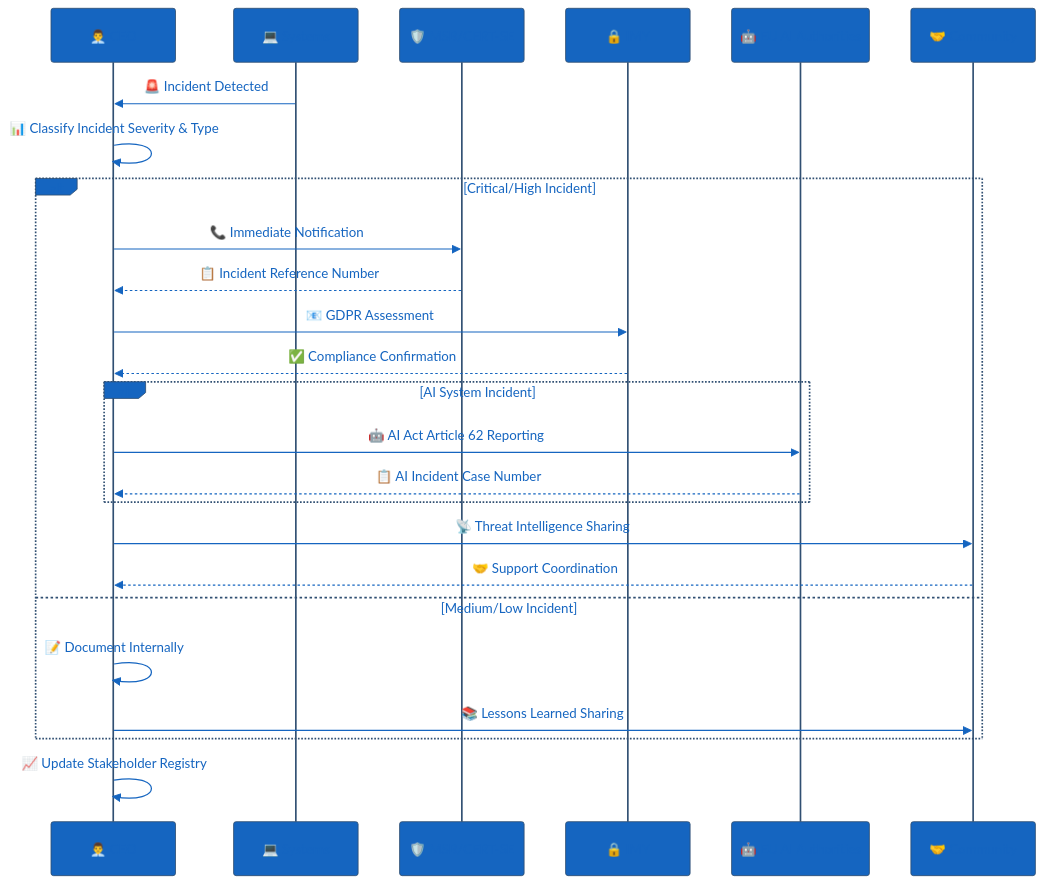
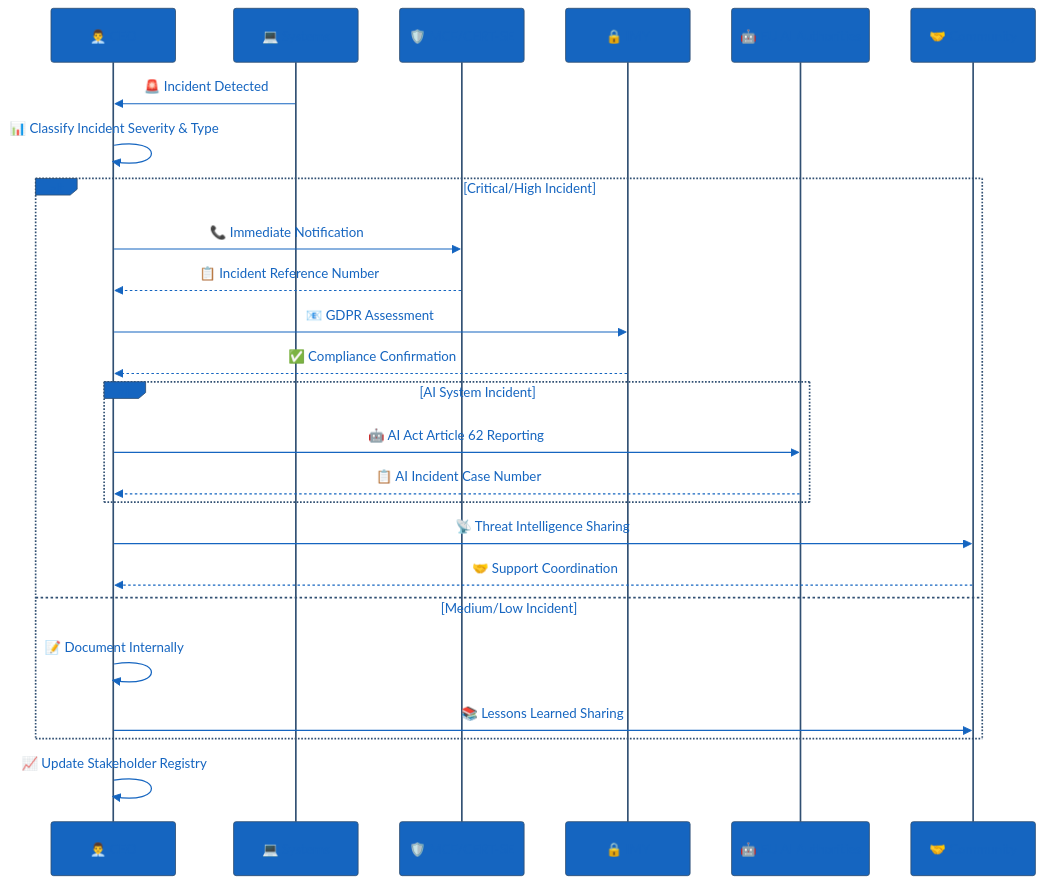
The fourth of 4 diagrams in External_Stakeholder_Registry.md (Hack23/ISMS-PUBLIC), drawn with Mermaid before and after one commit. The commit also changed other lines of this file and 35 other files, not shown here.

````diff
--- a/External_Stakeholder_Registry.md
+++ b/External_Stakeholder_Registry.md
@@ -560,45 +560,45 @@
 ```mermaid
 %%{
   init: {
     'theme': 'base',
     'themeVariables': {
       'primaryColor': '#1565C0',
       'primaryTextColor': '#1565C0',
       'lineColor': '#1565C0',
       'secondaryColor': '#4CAF50',
       'tertiaryColor': '#FFC107'
     }
   }
 }%%
 sequenceDiagram
     participant CEO as 👨‍💼 CEO
     participant SYSTEMS as 💻 Systems
-    participant MSB as 🛡️ MSB/CERT-SE
+    participant MCF as 🛡️ MCF/CERT-SE
     participant IMY as 🔒 IMY
     participant EU_AI as 🤖 EU AI Authorities
     participant COMMUNITY as 🤝 Community
     
     SYSTEMS->>CEO: 🚨 Incident Detected
     CEO->>CEO: 📊 Classify Incident Severity & Type
     
     alt Critical/High Incident
-        CEO->>MSB: 📞 Immediate Notification
-        MSB-->>CEO: 📋 Incident Reference Number
+        CEO->>MCF: 📞 Immediate Notification
+        MCF-->>CEO: 📋 Incident Reference Number
         
         CEO->>IMY: 📧 GDPR Assessment
         IMY-->>CEO: ✅ Compliance Confirmation
         
         alt AI System Incident
             CEO->>EU_AI: 🤖 AI Act Article 62 Reporting
             EU_AI-->>CEO: 📋 AI Incident Case Number
         end
         
         CEO->>COMMUNITY: 📡 Threat Intelligence Sharing
         COMMUNITY-->>CEO: 🤝 Support Coordination
     else Medium/Low Incident
         CEO->>CEO: 📝 Document Internally
         CEO->>COMMUNITY: 📚 Lessons Learned Sharing
     end
     
     CEO->>CEO: 📈 Update Stakeholder Registry
 ```
````
